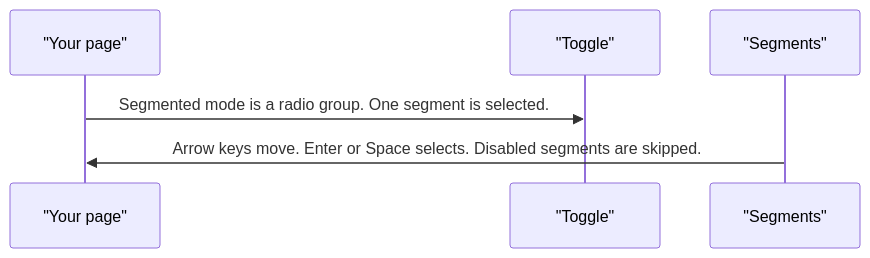
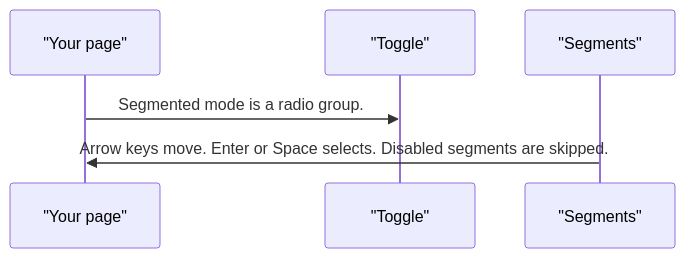
One commit to RajshekharBorate/pixel-ui changed the third of 3 diagrams in projects/pixel-ui/src/lib/pixel-toggle/DESIGN.md. Above: the diagram before and after it, drawn with Mermaid. The commit also changed other lines of this file and 80 other files, not shown here.

Commit message:
Fill missing design flows and correct the stories that did not match component behavior.

````diff
--- a/projects/pixel-ui/src/lib/pixel-toggle/DESIGN.md
+++ b/projects/pixel-ui/src/lib/pixel-toggle/DESIGN.md
@@ -61,8 +61,8 @@
 ```mermaid
 sequenceDiagram
   participant page as "Your page"
   participant toggle as "Toggle"
   participant seg as "Segments"
-  page->>toggle: Segmented mode is a radio group. One segment is selected.
+  page->>toggle: Segmented mode is a radio group.
   seg->>page: Arrow keys move. Enter or Space selects. Disabled segments are skipped.
 ```
````
